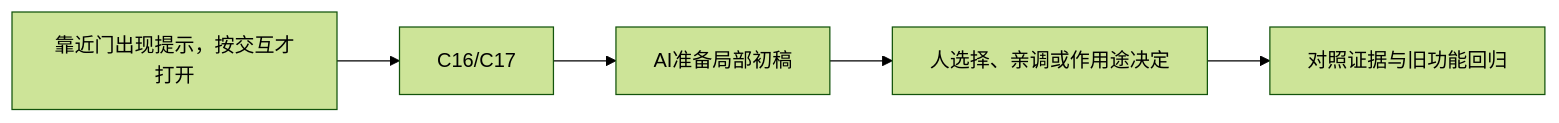
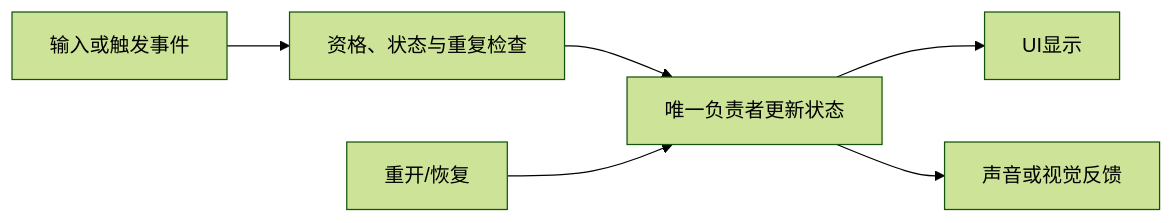
Before and after one commit to Zilur/ai-3d-game-learning: the diagram in curriculum/lessons/I09.md, drawn with Mermaid (forest theme). The commit also changed other lines of this file and 164 other files, not shown here.

Commit message:
docs: publish 47 step-by-step AI lesson flows, world upgrade and optional training corner

````diff
--- a/curriculum/lessons/I09.md
+++ b/curriculum/lessons/I09.md
@@ -38,7 +35,8 @@
 ```mermaid
 flowchart LR
-  S["靠近门出现提示，按交互才打开"] --> K["C16/C17"]
-  K --> AI["AI准备局部初稿"]
-  AI --> H["人选择、亲调或作用途决定"]
-  H --> V["对照证据与旧功能回归"]
+ E["输入或触发事件"] --> C["资格、状态与重复检查"]
+ C --> S["唯一负责者更新状态"]
+ S --> U["UI显示"]
+ S --> F["声音或视觉反馈"]
+ R["重开/恢复"] --> S
 ```
````
